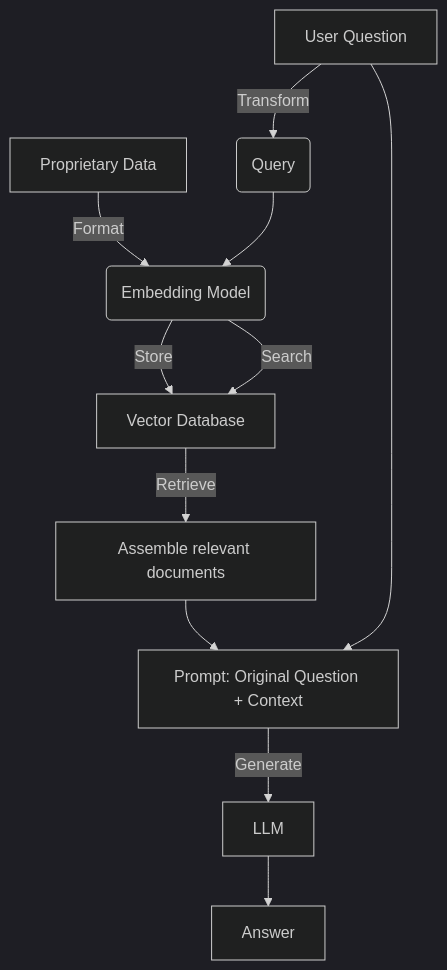
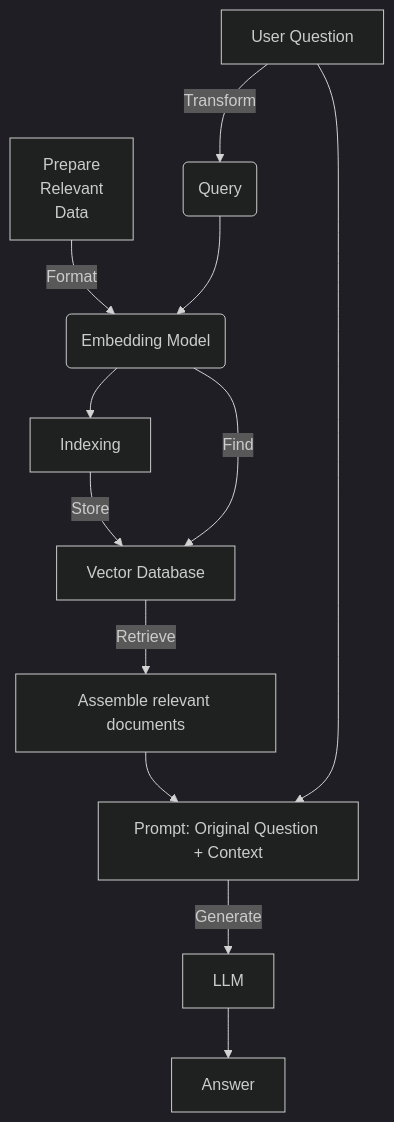
One commit to ianderrington/genai changed the diagram in docs/Understanding/agents/rag.md. Above: the diagram before and after it, drawn with Mermaid (dark theme). The commit also changed other lines of this file, not shown here.

````diff
--- a/docs/Understanding/agents/rag.md
+++ b/docs/Understanding/agents/rag.md
@@ -9,13 +33,15 @@
 ```mermaid
     graph TB
-        A[Proprietary Data] -->|Format | B(Embedding Model)
+        A[Prepare \n Relevant \n Data] -->|Format | B(Embedding Model)
+        B --> I[Indexing]
+        I --> |Store| D
         C[User Question] --> |Transform| Q(Query)
         Q --> B
-        B -->|Store| D[Vector Database]
-        B --> |Search|D
+        B -->|Find| D[Vector Database]
+        %% B --> |Search|D
         D --> |Retrieve| E[Assemble relevant documents]
         E --> F[Prompt: Original Question + Context]
         C --> F
         F -->|Generate| G[LLM]
         G --> H[Answer]
 ```
````
